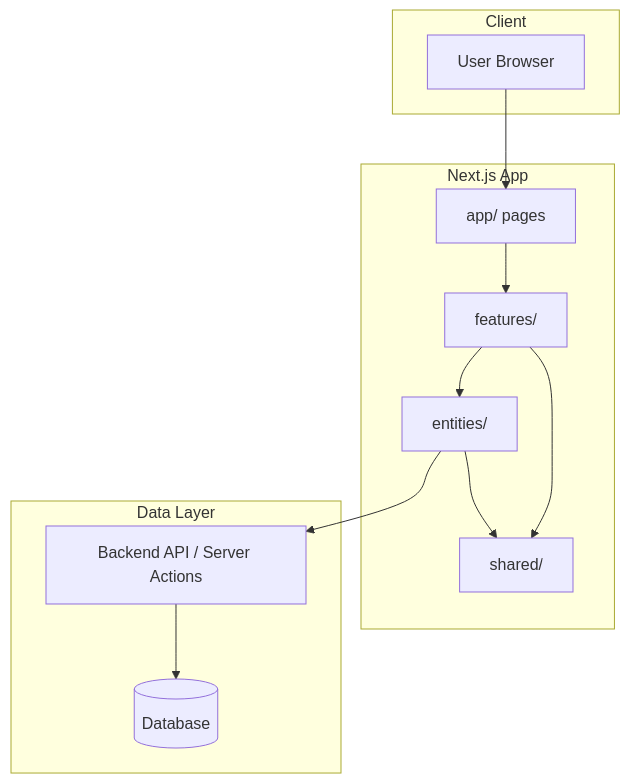
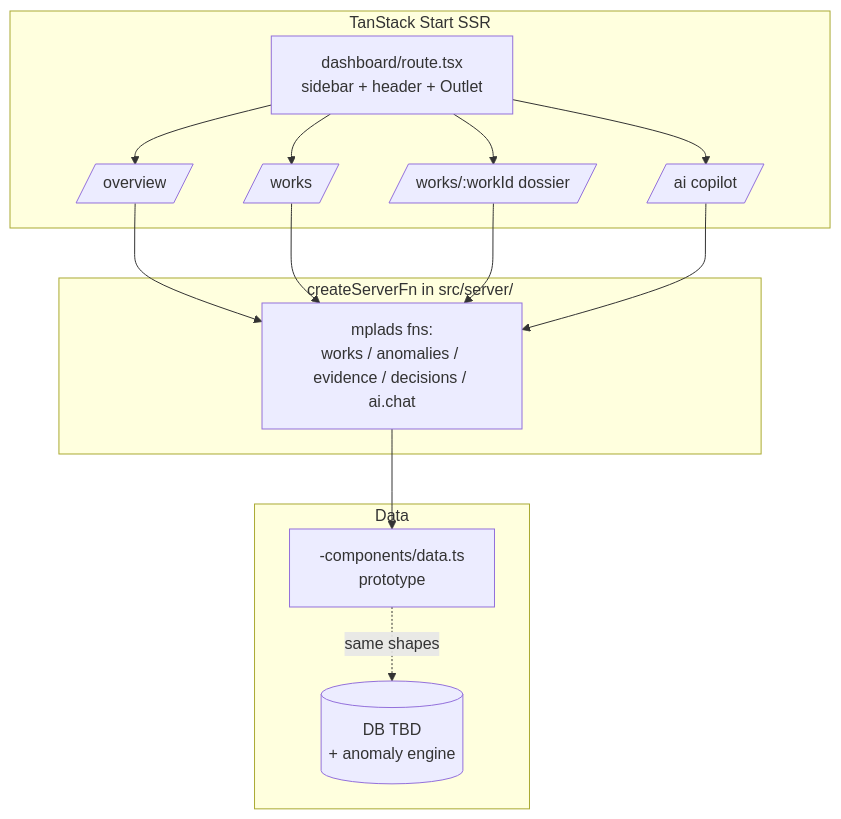
Before and after one commit to tarunsa918/26102: the first of 5 diagrams in context/flow.md, drawn with Mermaid. The commit also changed other lines of this file and 15 other files, not shown here.

````diff
--- a/context/flow.md
+++ b/context/flow.md
@@ -21,19 +11,21 @@
 ```mermaid
 graph TD
-    subgraph Client
-        U[User Browser]
+    subgraph Client [TanStack Start SSR]
+        Shell[dashboard/route.tsx<br/>sidebar + header + Outlet]
+        O[/overview/]
+        W[/works/]
+        D[/works/:workId dossier/]
+        AI[/ai copilot/]
+        Shell --> O & W & D & AI
     end
-    subgraph Next.js App
-        P[app/ pages] --> F[features/]
-        F --> S[shared/]
-        F --> E[entities/]
-        E --> S
+    subgraph Server [createServerFn in src/server/]
+        API[mplads fns:<br/>works / anomalies / evidence / decisions / ai.chat]
     end
-    subgraph Data Layer
-        API[Backend API / Server Actions]
-        DB[(Database)]
+    subgraph Data
+        Mock[-components/data.ts<br/>prototype]
+        DB[(DB TBD<br/>+ anomaly engine)]
     end
-    U --> P
-    E --> API
-    API --> DB
+    O & W & D & AI --> API
+    API --> Mock
+    Mock -.->|same shapes| DB
 ```
````
